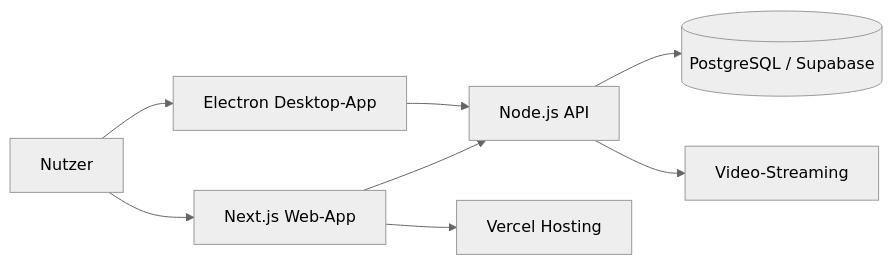
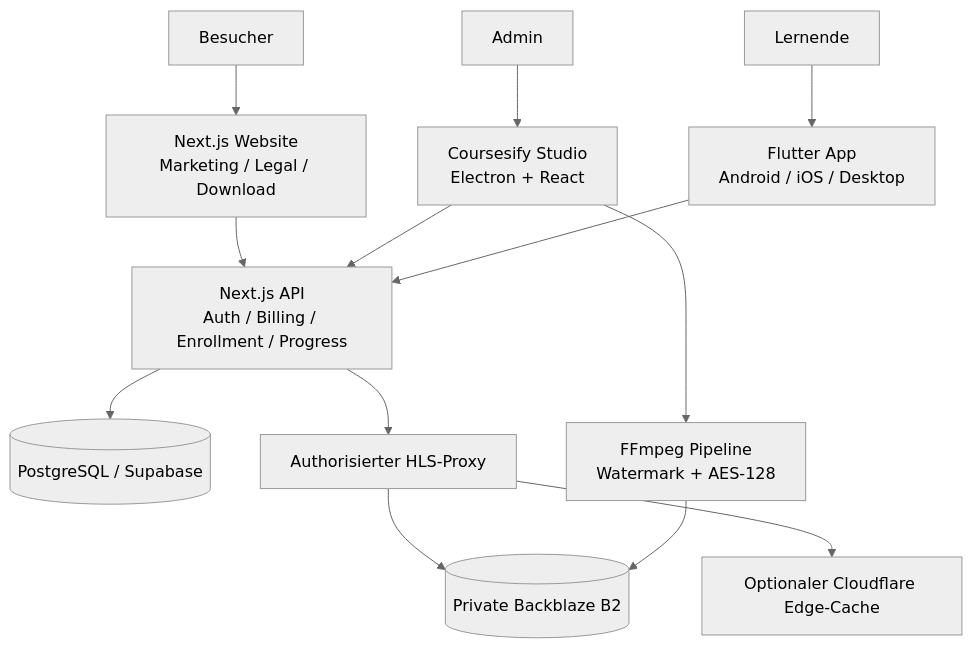
Before and after one commit to Musn0o/software-portfolio: the diagram in projects/coursesify.md, drawn with Mermaid (neutral theme). The commit also changed other lines of this file and 2 other files, not shown here.

Commit message:
docs: correct Coursesify architecture, Achtung levels and B2 status

````diff
--- a/projects/coursesify.md
+++ b/projects/coursesify.md
@@ -38,10 +60,18 @@
 ```mermaid
-flowchart LR
-    U[Nutzer] --> W[Next.js Web-App]
-    U --> D[Electron Desktop-App]
-    W --> A[Node.js API]
-    D --> A
-    A --> DB[(PostgreSQL / Supabase)]
-    A --> S[Video-Streaming]
-    W --> V[Vercel Hosting]
+flowchart TB
+    Visitor[Besucher] --> Web[Next.js Website<br/>Marketing / Legal / Download]
+    Admin[Admin] --> Studio[Coursesify Studio<br/>Electron + React]
+    Learner[Lernende] --> App[Flutter App<br/>Android / iOS / Desktop]
+
+    Web --> API[Next.js API<br/>Auth / Billing / Enrollment / Progress]
+    Studio --> API
+    App --> API
+
+    API --> DB[(PostgreSQL / Supabase)]
+    API --> Proxy[Authorisierter HLS-Proxy]
+    Proxy --> B2[(Private Backblaze B2)]
+    Proxy --> Worker[Optionaler Cloudflare Edge-Cache]
+
+    Studio --> Pipeline[FFmpeg Pipeline<br/>Watermark + AES-128]
+    Pipeline --> B2
 ```
````
